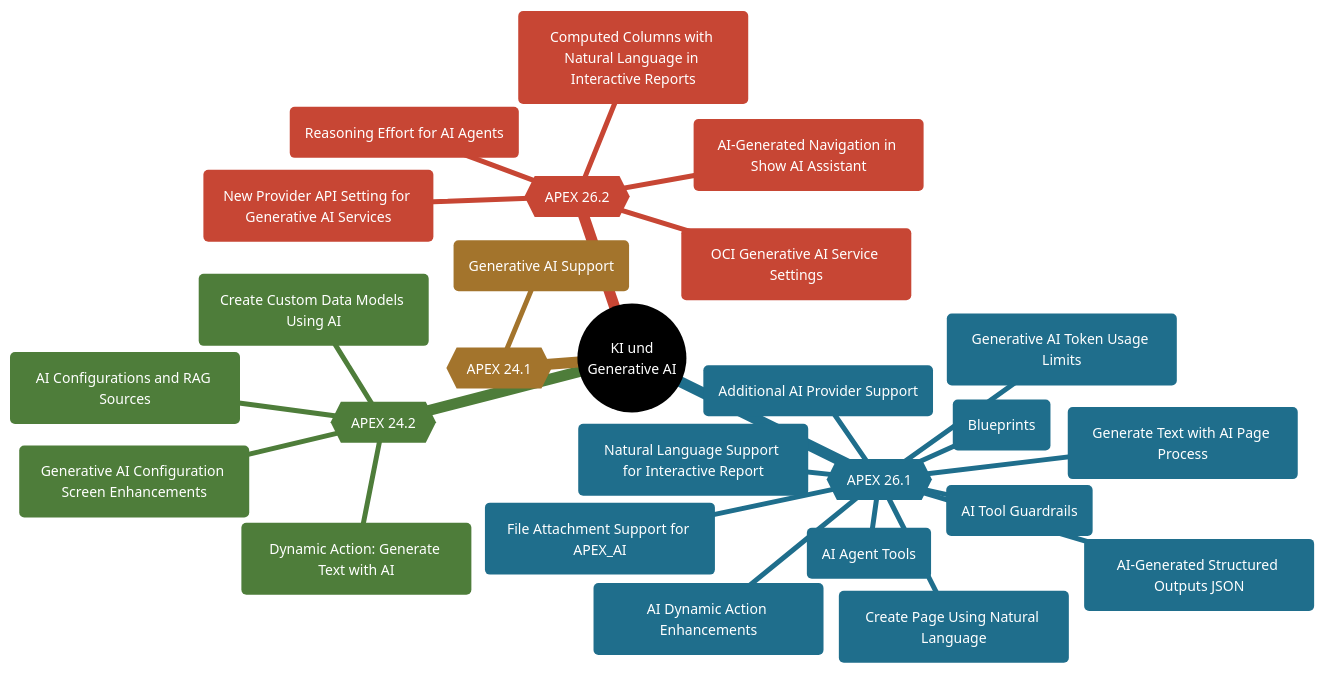
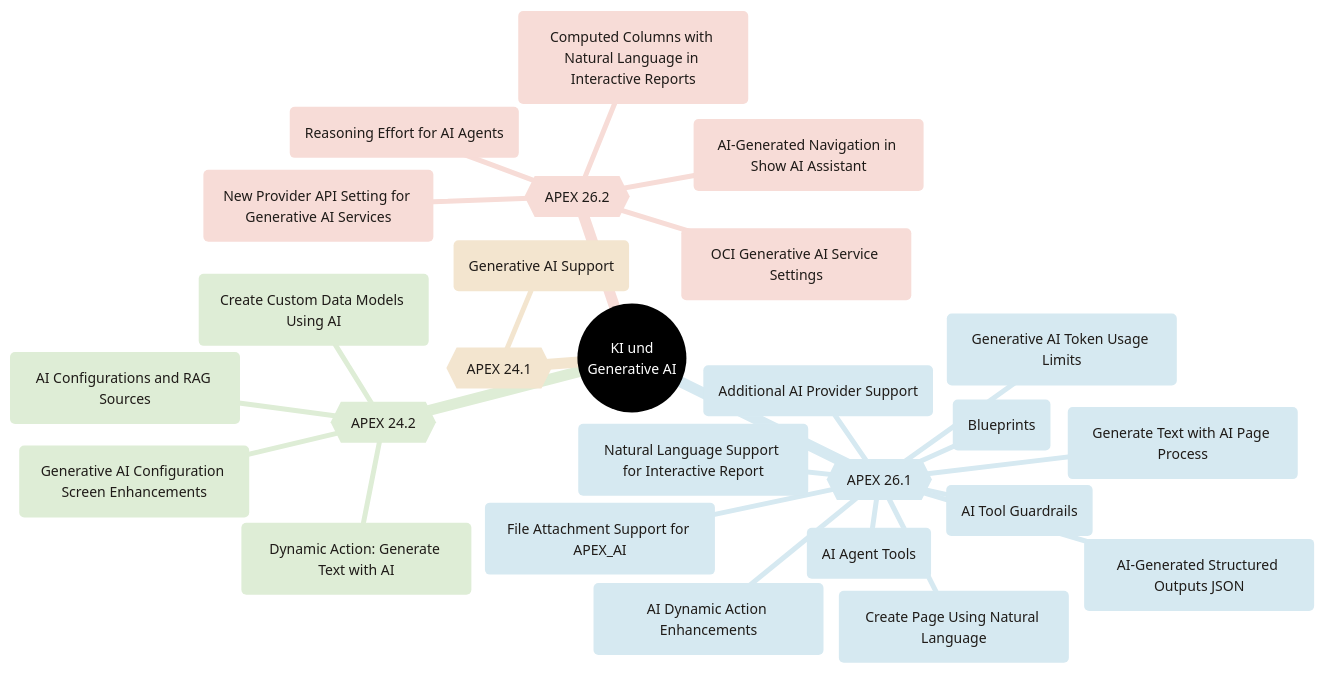
The first of 3 diagrams in mindmap-ki-test.md (Nafets-Rezlop/apxnfo), drawn with Mermaid before and after one commit. The commit also changed other lines of this file, not shown here.

First line of the commit message:
Test: KI-Mindmap mit hellen Farben und Zeilenumbruch

````diff
--- a/mindmap-ki-test.md
+++ b/mindmap-ki-test.md
@@ -7,49 +7,49 @@
 ```mermaid
 ---
 config:
   theme: base
   themeVariables:
     fontFamily: "Segoe UI, Helvetica, Arial, sans-serif"
     fontSize: 14px
     primaryColor: "#312D2A"
     primaryTextColor: "#ffffff"
     lineColor: "#C74634"
     cScale0: "#312D2A"
     cScaleLabel0: "#ffffff"
-    cScale1: "#C74634"
-    cScaleLabel1: "#ffffff"
-    cScale2: "#1F6E8C"
-    cScaleLabel2: "#ffffff"
-    cScale3: "#4E7D3A"
-    cScaleLabel3: "#ffffff"
-    cScale4: "#A3742C"
-    cScaleLabel4: "#ffffff"
+    cScale1: "#F7DCD7"
+    cScaleLabel1: "#1F1B18"
+    cScale2: "#D6E9F1"
+    cScaleLabel2: "#1F1B18"
+    cScale3: "#DEEDD6"
+    cScaleLabel3: "#1F1B18"
+    cScale4: "#F3E5CF"
+    cScaleLabel4: "#1F1B18"
 ---
 mindmap
   root(("KI und<br/>Generative AI"))
     r262{{"APEX 26.2"}}
       f262_0("Reasoning Effort for AI Agents")
       f262_1("New Provider API Setting for Generative AI Services")
       f262_2("OCI Generative AI Service Settings")
       f262_3("AI-Generated Navigation in Show AI Assistant")
       f262_4("Computed Columns with Natural Language in Interactive Reports")
     r261{{"APEX 26.1"}}
       f261_5("Natural Language Support for Interactive Report")
       f261_6("Create Page Using Natural Language")
       f261_7("AI Agent Tools")
       f261_8("AI Tool Guardrails")
       f261_9("Generate Text with AI Page Process")
       f261_10("AI-Generated Structured Outputs JSON")
       f261_11("Generative AI Token Usage Limits")
       f261_12("Additional AI Provider Support")
       f261_13("AI Dynamic Action Enhancements")
       f261_14("Blueprints")
       f261_15("File Attachment Support for APEX_AI")
     r242{{"APEX 24.2"}}
       f242_16("Dynamic Action: Generate Text with AI")
       f242_17("Create Custom Data Models Using AI")
       f242_18("AI Configurations and RAG Sources")
       f242_19("Generative AI Configuration Screen Enhancements")
     r241{{"APEX 24.1"}}
       f241_20("Generative AI Support")
 ```
````
